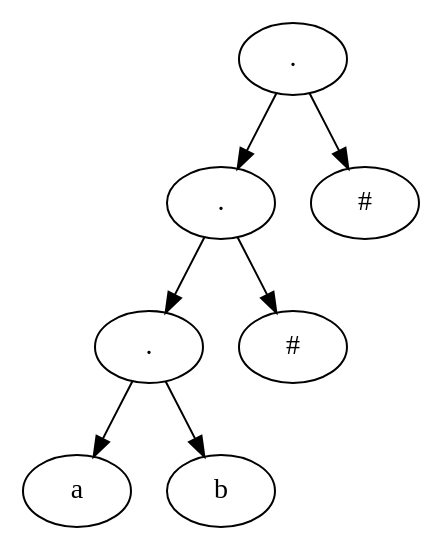
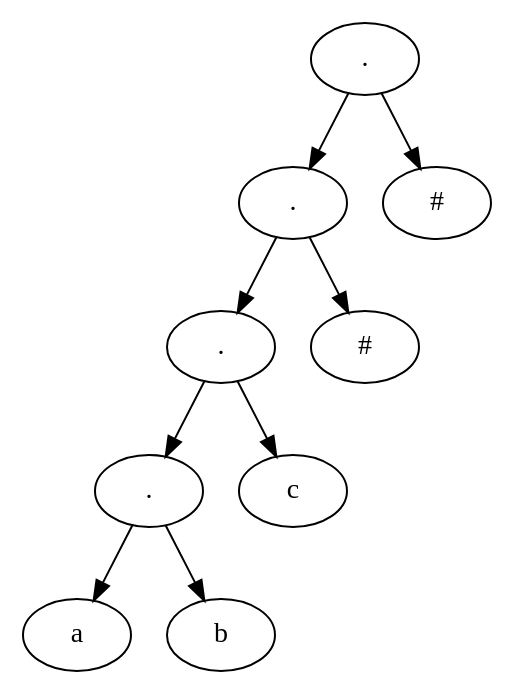
Before and after one commit to gitavalos/COMPI22S: the diagram in Samplelex_04/Samplelex_04/bin/Debug/Grafica1.dot, drawn with Graphviz. The commit also changed 8 other files, not shown here.

```diff
--- a/Samplelex_04/Samplelex_04/bin/Debug/Grafica1.dot
+++ b/Samplelex_04/Samplelex_04/bin/Debug/Grafica1.dot
@@ -1,22 +1,28 @@
 digraph G {
 19216802[label = "." ]
-19216802 -> 6
+19216802 -> 8
+
+8[label = "." ]
+8 -> 6
 
 6[label = "." ]
 6 -> 4
 
 4[label = "." ]
 4 -> 2
 
 2[label = "a" ]
 4 -> 3
 
 3[label = "b" ]
 6 -> 5
 
-5[label = "#" ]
+5[label = "c" ]
+8 -> 7
+
+7[label = "#" ]
 19216802 -> 19216801
 
 19216801[label = "#" ]
 
 }
```
